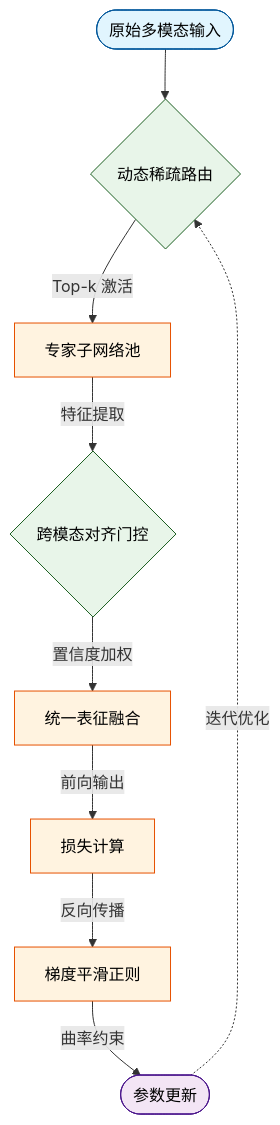
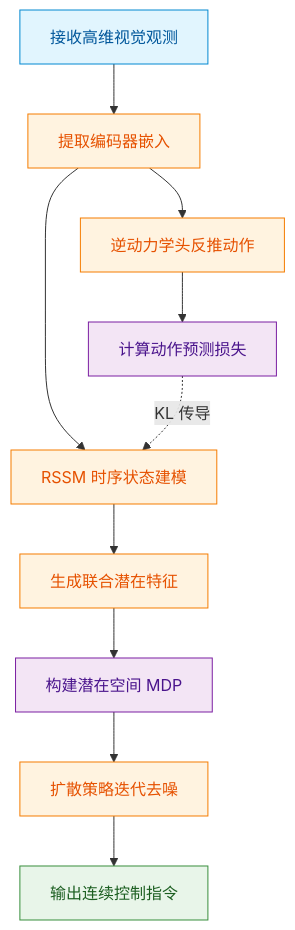
The second of 10 diagrams in person_vault/2026-06-08_EnhancingPolicyLearningWithWorldActionModel_2603.28955/report.md (ShinewineW/paper-rolling), drawn with Mermaid before and after one commit. The commit also changed other lines of this file and 51 other files, not shown here.

````diff
--- a/person_vault/2026-06-08_EnhancingPolicyLearningWithWorldActionModel_2603.28955/report.md
+++ b/person_vault/2026-06-08_EnhancingPolicyLearningWithWorldActionModel_2603.28955/report.md
@@ -86,16 +132,17 @@
 ```mermaid
-flowchart TD
-    classDef input fill:#e1f5fe,stroke:#01579b,color:#000;
-    classDef process fill:#fff3e0,stroke:#e65100,color:#000;
-    classDef decision fill:#e8f5e9,stroke:#1b5e20,color:#000;
-    classDef output fill:#f3e5f5,stroke:#4a148c,color:#000;
+flowchart TB
+  classDef input fill:#e1f5fe,color:#01579b,stroke:#0288d1
+  classDef process fill:#fff3e0,color:#e65100,stroke:#f57c00
+  classDef constraint fill:#f3e5f5,color:#4a148c,stroke:#7b1fa2
+  classDef output fill:#e8f5e9,color:#1b5e20,stroke:#388e3c
 
-    raw_input(["原始多模态输入"]):::input --> router{动态稀疏路由}:::decision
-    router -->|Top-k 激活| expert_pool["专家子网络池"]:::process
-    expert_pool -->|特征提取| gate{跨模态对齐门控}:::decision
-    gate -->|置信度加权| fusion["统一表征融合"]:::process
-    fusion -->|前向输出| loss_calc["损失计算"]:::process
-    loss_calc -->|反向传播| smooth_reg["梯度平滑正则"]:::process
-    smooth_reg -->|曲率约束| param_update(["参数更新"]):::output
-    param_update -.->|迭代优化| router
+  obs_input["接收高维视觉观测"]:::input --> enc_embed["提取编码器嵌入"]:::process
+  enc_embed --> inv_dyn["逆动力学头反推动作"]:::process
+  inv_dyn --> act_loss["计算动作预测损失"]:::constraint
+  enc_embed --> rssm_core["RSSM 时序状态建模"]:::process
+  act_loss -. KL 传导 .-> rssm_core
+  rssm_core --> latent_feat["生成联合潜在特征"]:::process
+  latent_feat --> wm_mdp["构建潜在空间 MDP"]:::constraint
+  wm_mdp --> diff_policy["扩散策略迭代去噪"]:::process
+  diff_policy --> final_action["输出连续控制指令"]:::output
 ```
````
